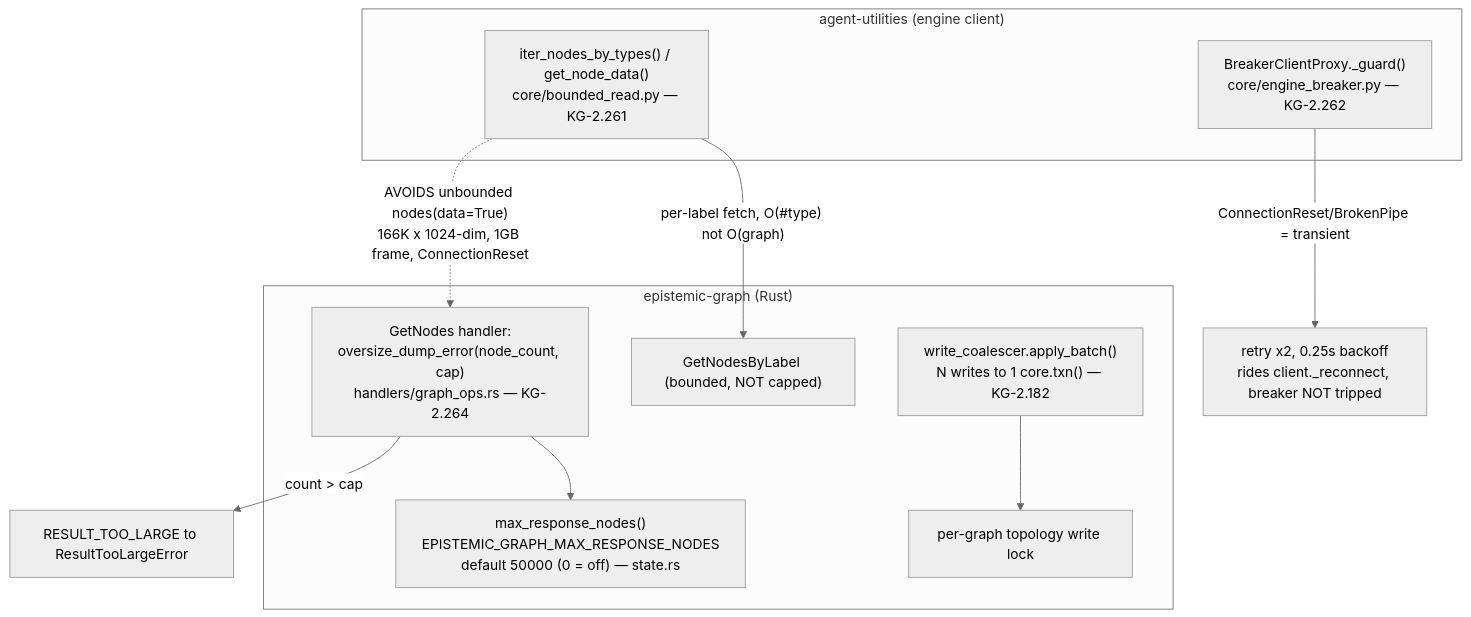
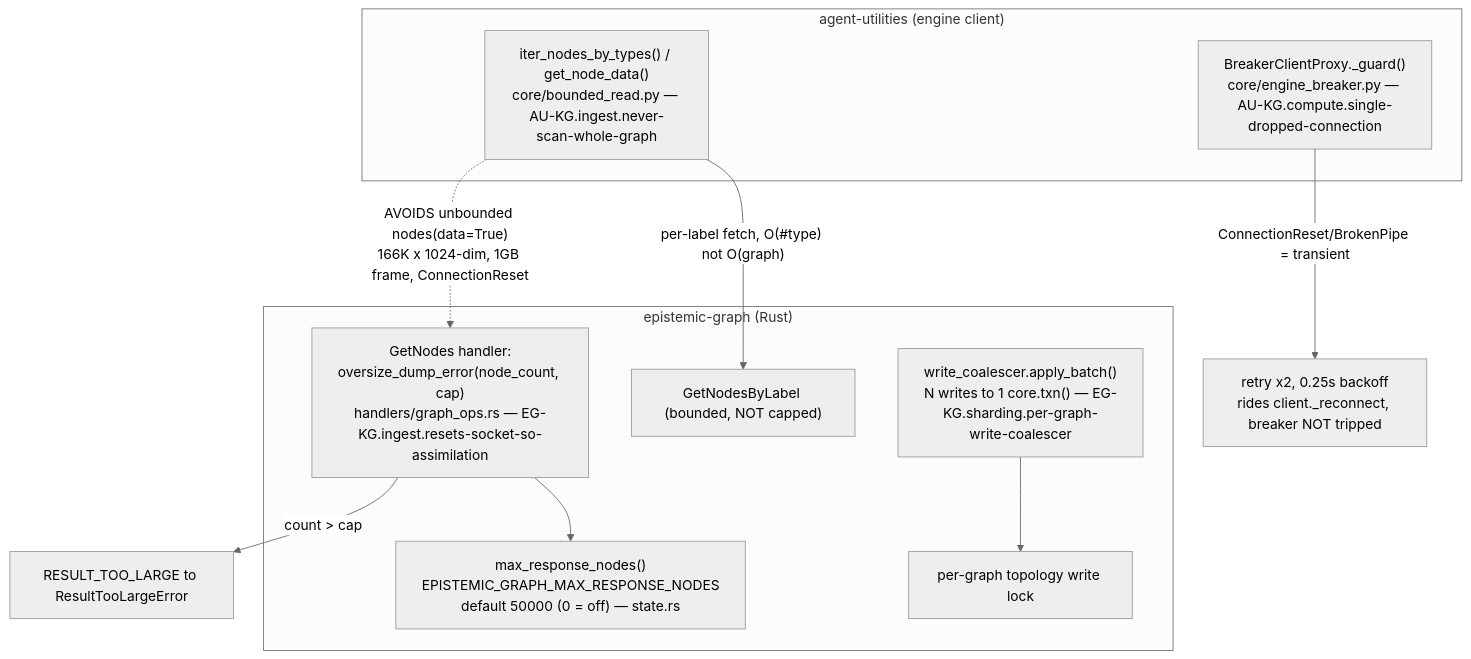
Before and after one commit to Knuckles-Team/agent-utilities: the third of 4 diagrams in docs/architecture/graph_backends_architecture.md, drawn with Mermaid (neutral theme). The commit also changed other lines of this file and 2324 other files, not shown here.

````diff
--- a/docs/architecture/graph_backends_architecture.md
+++ b/docs/architecture/graph_backends_architecture.md
@@ -485,21 +485,21 @@
 ```mermaid
 flowchart TB
     subgraph CLIENT["agent-utilities (engine client)"]
-        BR["iter_nodes_by_types() / get_node_data()<br/>core/bounded_read.py — KG-2.261"]
-        BRK["BreakerClientProxy._guard()<br/>core/engine_breaker.py — KG-2.262"]
+        BR["iter_nodes_by_types() / get_node_data()<br/>core/bounded_read.py — AU-KG.ingest.never-scan-whole-graph"]
+        BRK["BreakerClientProxy._guard()<br/>core/engine_breaker.py — AU-KG.compute.single-dropped-connection"]
     end
     subgraph ENGINE["epistemic-graph (Rust)"]
-        GUARD["GetNodes handler:<br/>oversize_dump_error(node_count, cap)<br/>handlers/graph_ops.rs — KG-2.264"]
+        GUARD["GetNodes handler:<br/>oversize_dump_error(node_count, cap)<br/>handlers/graph_ops.rs — EG-KG.ingest.resets-socket-so-assimilation"]
         CAP["max_response_nodes()<br/>EPISTEMIC_GRAPH_MAX_RESPONSE_NODES<br/>default 50000 (0 = off) — state.rs"]
         LABEL["GetNodesByLabel (bounded, NOT capped)"]
         LOCK["per-graph topology write lock"]
-        COAL["write_coalescer.apply_batch()<br/>N writes to 1 core.txn() — KG-2.182"]
+        COAL["write_coalescer.apply_batch()<br/>N writes to 1 core.txn() — EG-KG.sharding.per-graph-write-coalescer"]
     end
 
     BR -->|"per-label fetch, O(#type) not O(graph)"| LABEL
     BR -. "AVOIDS unbounded nodes(data=True)<br/>166K x 1024-dim, 1GB frame, ConnectionReset" .-> GUARD
     GUARD --> CAP
     GUARD -->|"count > cap"| TOOBIG["RESULT_TOO_LARGE to ResultTooLargeError"]
     BRK -->|"ConnectionReset/BrokenPipe = transient"| RETRY["retry x2, 0.25s backoff<br/>rides client._reconnect, breaker NOT tripped"]
     COAL --> LOCK
 ```
````
